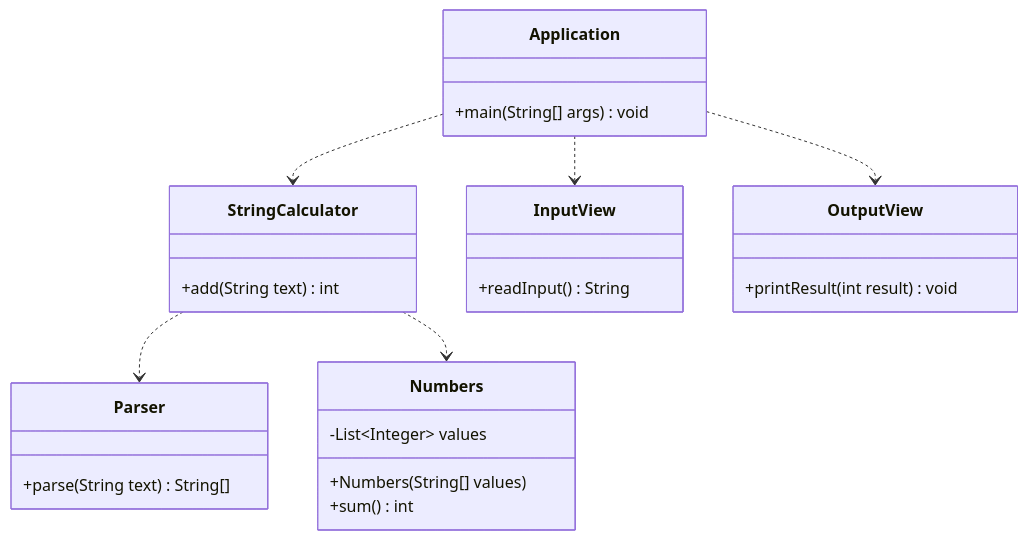
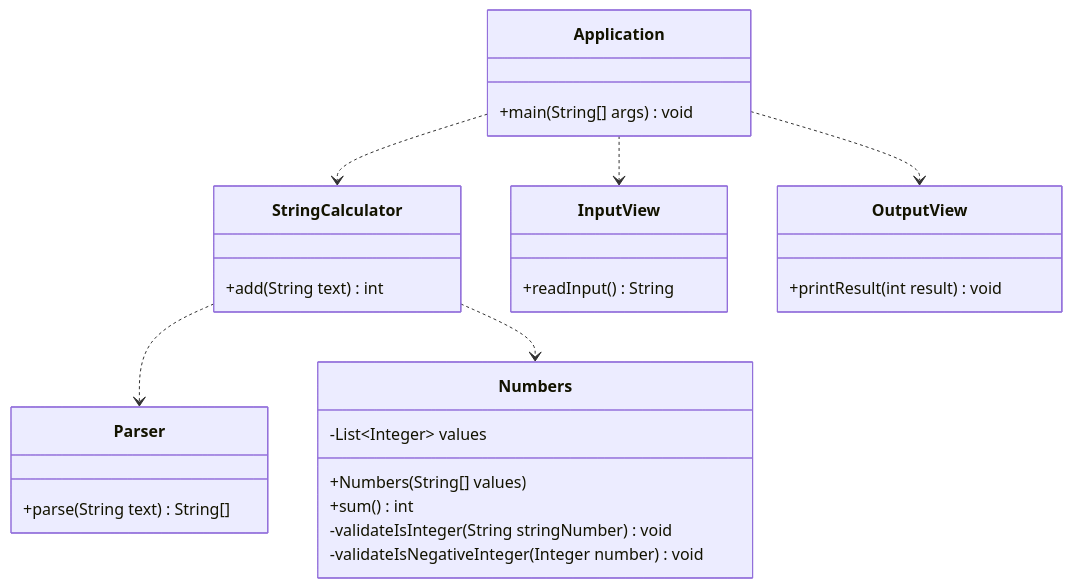
Before and after one commit to NSRBSG/java-calculator-8: the second of 2 diagrams in README.md, drawn with Mermaid.

Commit message:
docs: validate 메서드 추가에 따른 클래스 다이어그램 수정

````diff
--- a/README.md
+++ b/README.md
@@ -42,29 +42,31 @@
 ```mermaid
 classDiagram
     class Application {
         +main(String[] args) void
     }
     class StringCalculator {
         +add(String text) int
     }
     class Parser {
         +parse(String text) String[]
     }
     class Numbers {
         -List~Integer~ values
         +Numbers(String[] values)
         +sum() int
+        -validateIsInteger(String stringNumber) void
+        -validateIsNegativeInteger(Integer number) void
     }
     class InputView {
         +readInput() String
     }
     class OutputView {
         +printResult(int result) void
     }
 
     Application ..> InputView
     Application ..> OutputView
     Application ..> StringCalculator
     StringCalculator ..> Parser
     StringCalculator ..> Numbers
 ```
````
